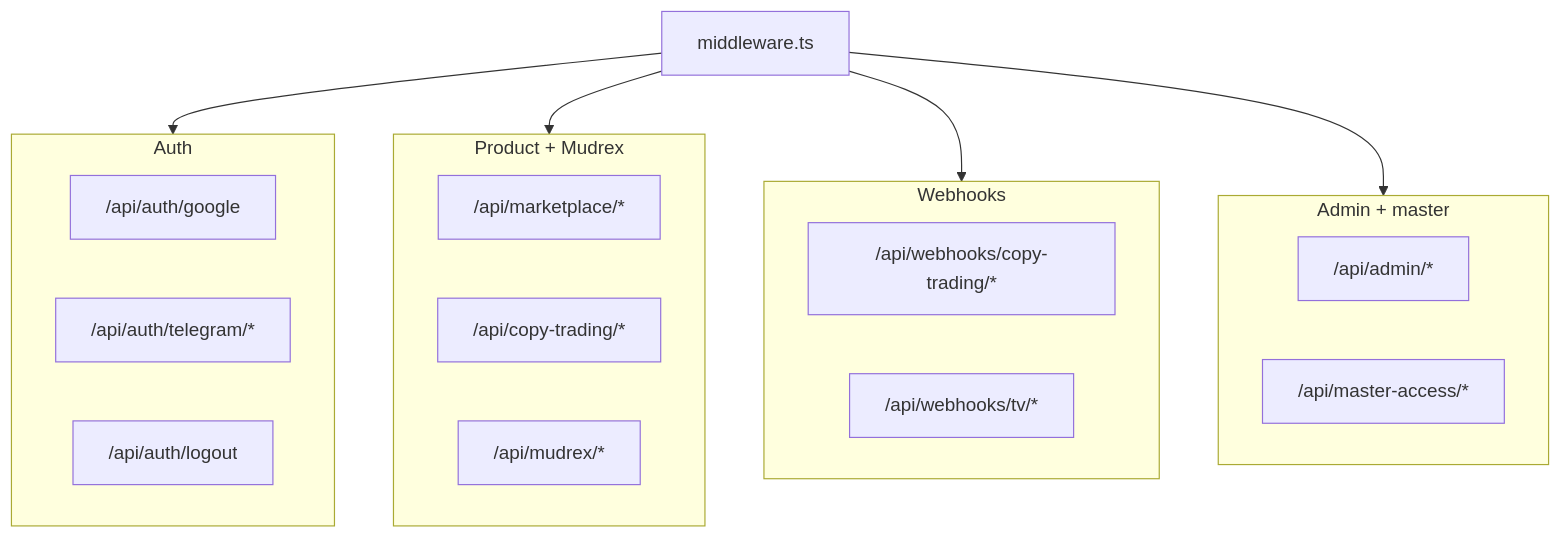
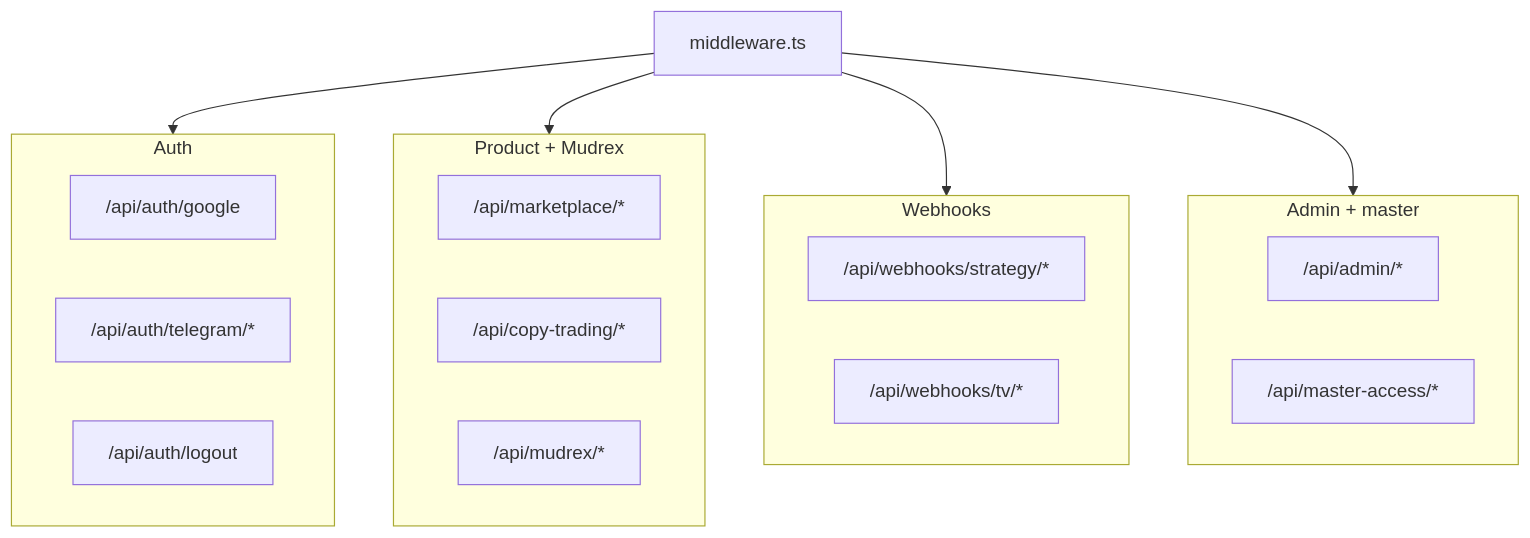
One commit to DecentralizedJM/RexAlgo changed the ninth of 11 diagrams in README.md. Above: the diagram before and after it, drawn with Mermaid. The commit also changed other lines of this file and 15 other files, not shown here.

First line of the commit message:
feat(webhooks): canonical /api/webhooks/strategy path and studio UX

````diff
--- a/README.md
+++ b/README.md
@@ -387,26 +387,26 @@
 ```mermaid
 flowchart TB
   MW[middleware.ts]
   subgraph auth [Auth]
     G["/api/auth/google"]
     T["/api/auth/telegram/*"]
     L["/api/auth/logout"]
   end
   subgraph product [Product + Mudrex]
     M1["/api/marketplace/*"]
     M2["/api/copy-trading/*"]
     M3["/api/mudrex/*"]
   end
   subgraph hooks [Webhooks]
-    W1["/api/webhooks/copy-trading/*"]
+    W1["/api/webhooks/strategy/*"]
     W2["/api/webhooks/tv/*"]
   end
   subgraph admin [Admin + master]
     A["/api/admin/*"]
     MA["/api/master-access/*"]
   end
   MW --> auth
   MW --> product
   MW --> hooks
   MW --> admin
 ```
````
